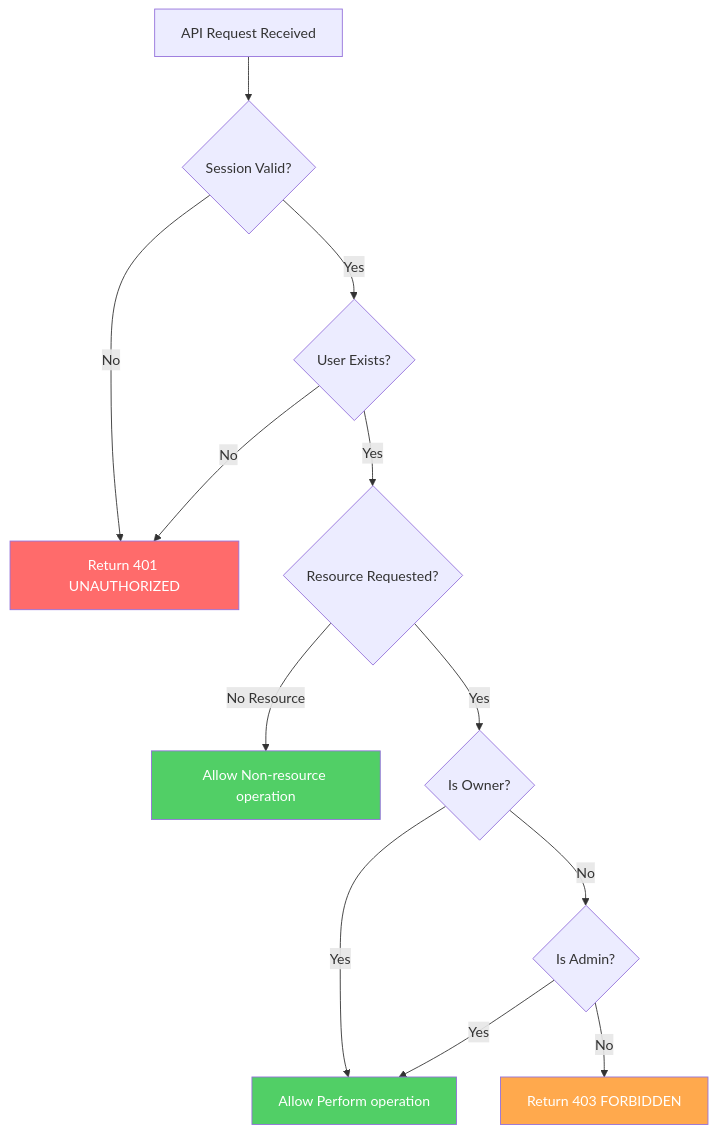
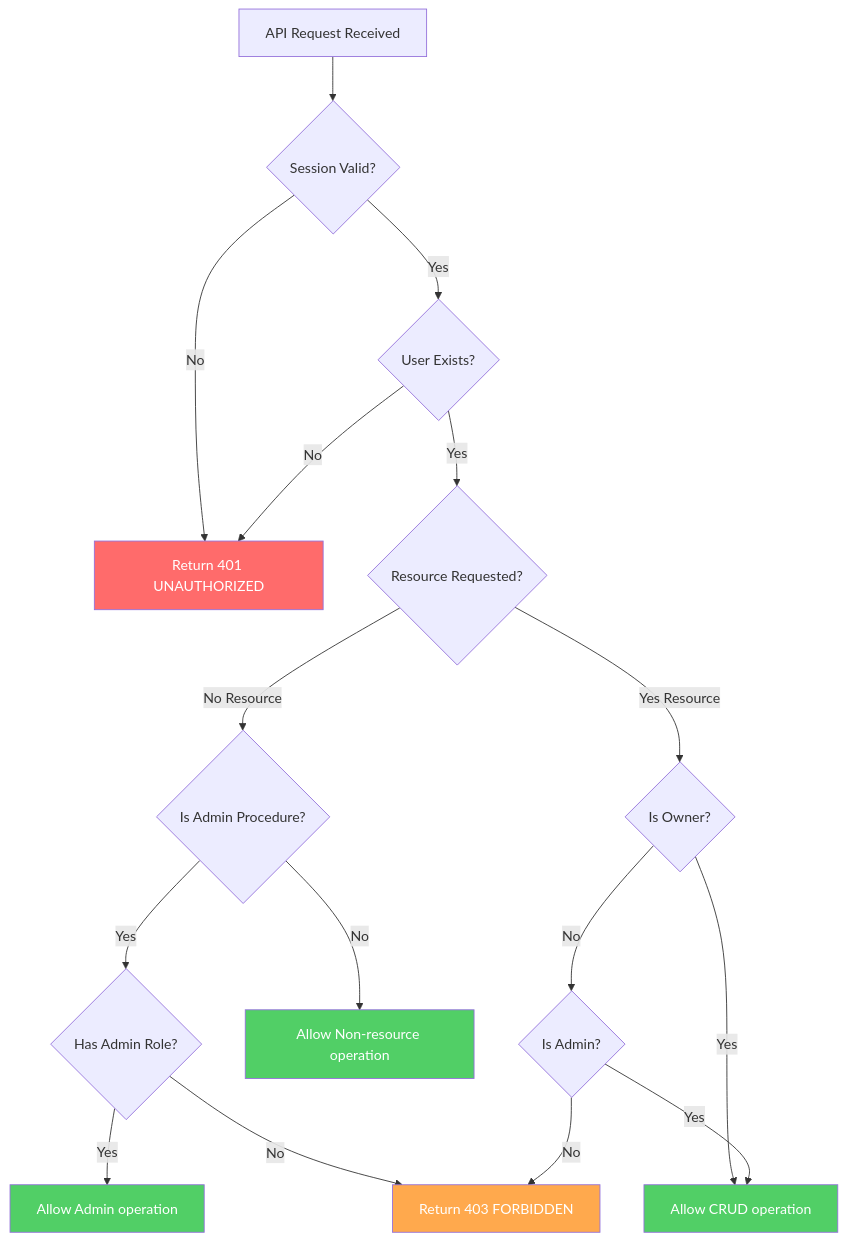
One commit to PKPL-Pusing-Kurang-Paham-Lurr/tk-2 changed diagram 11 of 20 in README.md. Above: the diagram before and after it, drawn with Mermaid. The commit also changed other lines of this file and 23 other files, not shown here.

````diff
--- a/README.md
+++ b/README.md
@@ -506,21 +539,26 @@
 ```mermaid
 flowchart TD
     A[API Request Received] --> B{Session Valid?}
     B -->|No| E[Return 401 UNAUTHORIZED]
     B -->|Yes| C{User Exists?}
     C -->|No| E
     C -->|Yes| D{Resource Requested?}
     
-    D -->|No Resource| F[Allow Non-resource operation]
-    D -->|Yes| G{Is Owner?}
+    D -->|No Resource| F{Is Admin Procedure?}
+    F -->|Yes| G{Has Admin Role?}
+    F -->|No| K[Allow Non-resource operation]
+    G -->|Yes| H[Allow Admin operation]
+    G -->|No| J[Return 403 FORBIDDEN]
     
-    G -->|Yes| H[Allow Perform operation]
-    G -->|No| I{Is Admin?}
-    I -->|Yes| H
-    I -->|No| J[Return 403 FORBIDDEN]
+    D -->|Yes Resource| L{Is Owner?}
+    L -->|Yes| M[Allow CRUD operation]
+    L -->|No| N{Is Admin?}
+    N -->|Yes| M
+    N -->|No| J
     
     style E fill:#ff6b6b,color:#fff
     style J fill:#ffa94d,color:#fff
-    style F fill:#51cf66,color:#fff
+    style K fill:#51cf66,color:#fff
     style H fill:#51cf66,color:#fff
+    style M fill:#51cf66,color:#fff
 ```
````
